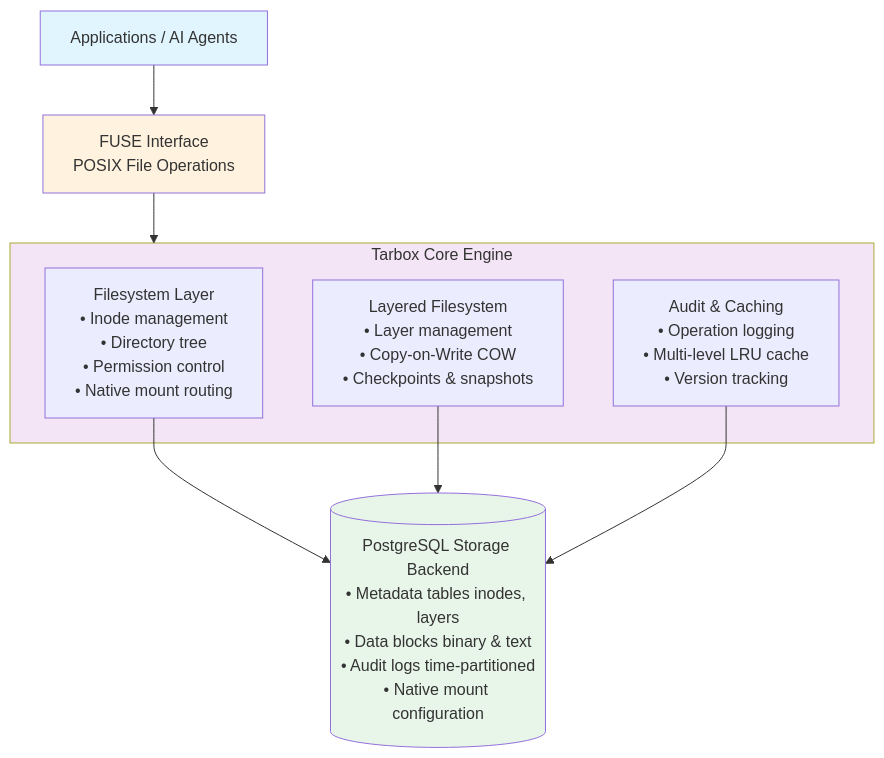
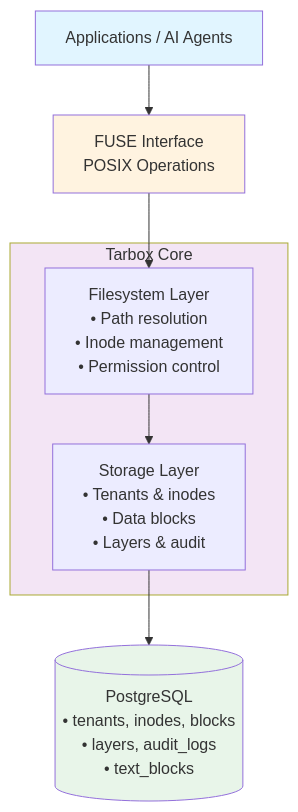
One commit to VikingMew/tarbox changed the diagram in README.md. Above: the diagram before and after it, drawn with Mermaid. The commit also changed other lines of this file and 8 other files, not shown here.

````diff
--- a/README.md
+++ b/README.md
@@ -113,24 +104,22 @@
 ```mermaid
 graph TB
     Apps[Applications / AI Agents]
-    FUSE[FUSE Interface<br/>POSIX File Operations]
+    FUSE[FUSE Interface<br/>POSIX Operations]
     
-    subgraph Core[Tarbox Core Engine]
-        FS[Filesystem Layer<br/>• Inode management<br/>• Directory tree<br/>• Permission control<br/>• Native mount routing]
-        Layer[Layered Filesystem<br/>• Layer management<br/>• Copy-on-Write COW<br/>• Checkpoints & snapshots]
-        Audit[Audit & Caching<br/>• Operation logging<br/>• Multi-level LRU cache<br/>• Version tracking]
+    subgraph Core[Tarbox Core]
+        FS[Filesystem Layer<br/>• Path resolution<br/>• Inode management<br/>• Permission control]
+        Storage[Storage Layer<br/>• Tenants & inodes<br/>• Data blocks<br/>• Layers & audit]
     end
     
-    DB[(PostgreSQL Storage Backend<br/>• Metadata tables inodes, layers<br/>• Data blocks binary & text<br/>• Audit logs time-partitioned<br/>• Native mount configuration)]
+    DB[(PostgreSQL<br/>• tenants, inodes, blocks<br/>• layers, audit_logs<br/>• text_blocks)]
     
     Apps --> FUSE
-    FUSE --> Core
-    FS --> DB
-    Layer --> DB
-    Audit --> DB
+    FUSE --> FS
+    FS --> Storage
+    Storage --> DB
     
     style Apps fill:#e1f5ff
     style FUSE fill:#fff3e0
     style Core fill:#f3e5f5
     style DB fill:#e8f5e9
 ```
````
